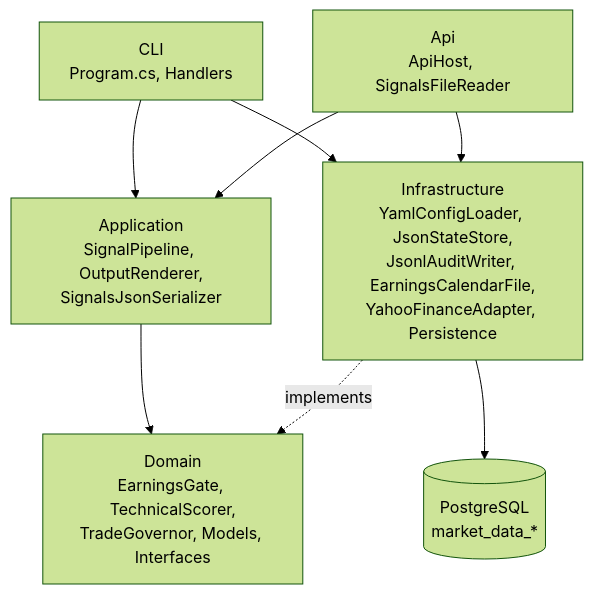
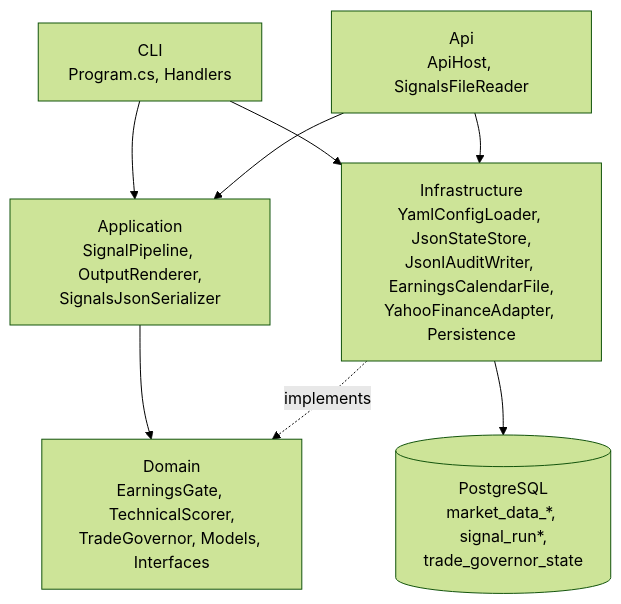
The first of 2 diagrams in docs/architecture.md (mev-tech/blowing-candles), drawn with Mermaid (forest theme) before and after one commit. The commit also changed other lines of this file and 28 other files, not shown here.

Commit message:
feat: api first feature one - signal run persistence

````diff
--- a/docs/architecture.md
+++ b/docs/architecture.md
@@ -17,17 +17,17 @@
 ```mermaid
 flowchart TD
     CLI["CLI\nProgram.cs, Handlers"]
     API["Api\nApiHost, SignalsFileReader"]
     APP["Application\nSignalPipeline, OutputRenderer,\nSignalsJsonSerializer"]
     INFRA["Infrastructure\nYamlConfigLoader, JsonStateStore,\nJsonlAuditWriter, EarningsCalendarFile,\nYahooFinanceAdapter, Persistence"]
-    DB[("PostgreSQL\nmarket_data_*")]
+    DB[("PostgreSQL\nmarket_data_*, signal_run*,\ntrade_governor_state")]
     DOMAIN["Domain\nEarningsGate, TechnicalScorer,\nTradeGovernor, Models, Interfaces"]
 
     CLI --> APP
     CLI --> INFRA
     API --> APP
     API --> INFRA
     APP --> DOMAIN
     INFRA -.->|implements| DOMAIN
     INFRA --> DB
 ```
````
